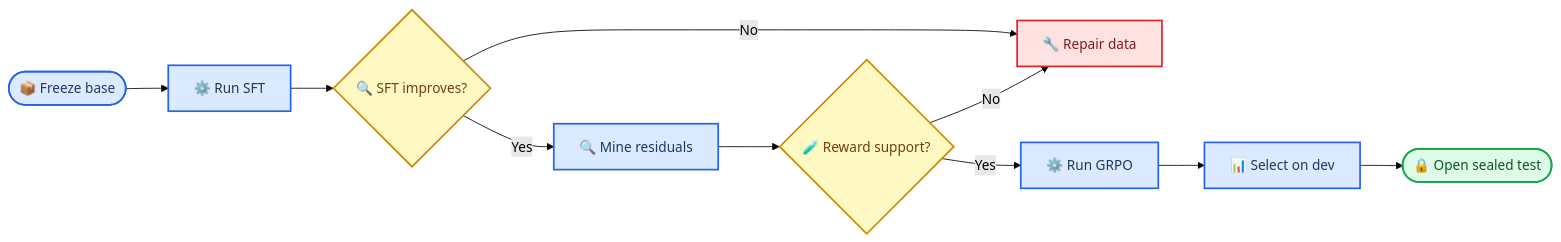
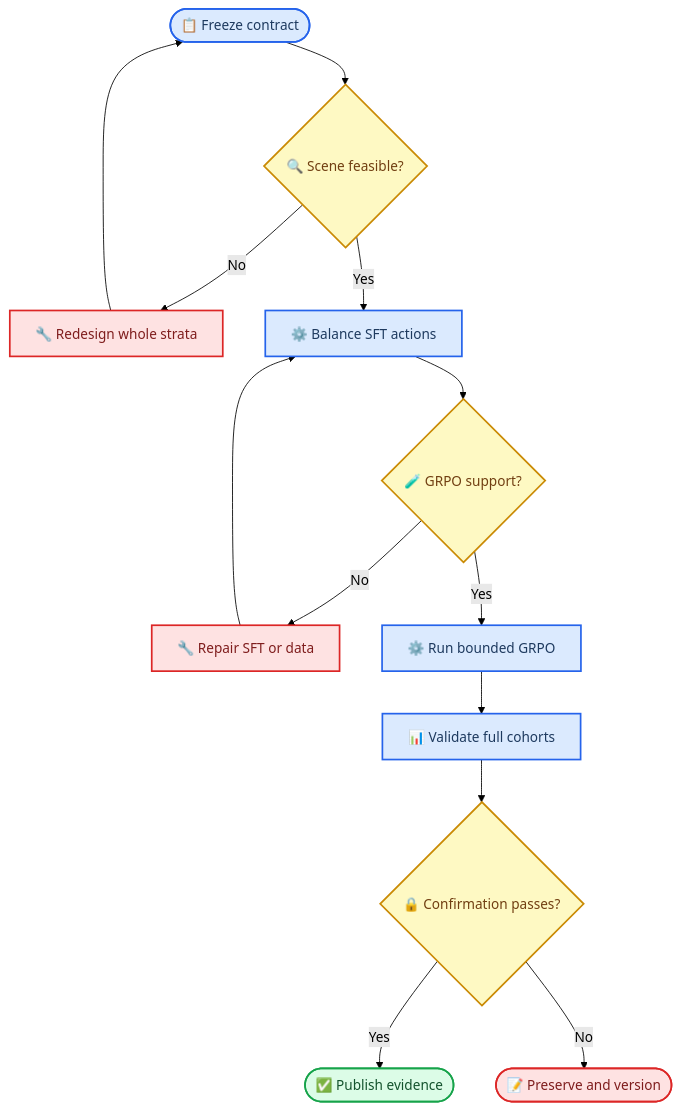
One commit to Persiapinkman/CAPA changed the first of 2 diagrams in reports/POST_TRAINING_SFT_GRPO_PLAYBOOK.md. Above: the diagram before and after it, drawn with Mermaid (forest theme). The commit also changed other lines of this file and 7210 other files, not shown here.

````diff
--- a/reports/POST_TRAINING_SFT_GRPO_PLAYBOOK.md
+++ b/reports/POST_TRAINING_SFT_GRPO_PLAYBOOK.md
@@ -18,25 +35,28 @@
 ```mermaid
-flowchart LR
+flowchart TB
     accTitle: CAPA Post-Training Evidence Flow
-    accDescr: End-to-end evidence chain from a frozen base model through SFT, residual discovery, GRPO gates, development selection, and one sealed comparison against a larger reference model
+    accDescr: Reusable experimental loop from feasibility analysis through balanced SFT, support-gated GRPO, development validation, and a one-use confirmation that either publishes or creates a new version
 
-    freeze_base([📦 Freeze base]) --> run_sft[⚙️ Run SFT]
-    run_sft --> check_sft{🔍 SFT improves?}
-    check_sft -->|No| repair_sft[🔧 Repair data]
-    check_sft -->|Yes| mine_residual[🔍 Mine residuals]
-    mine_residual --> check_support{🧪 Reward support?}
-    check_support -->|No| repair_sft
-    check_support -->|Yes| run_grpo[⚙️ Run GRPO]
-    run_grpo --> select_dev[📊 Select on dev]
-    select_dev --> sealed_test([🔒 Open sealed test])
+    freeze_contract([📋 Freeze contract]) --> check_scene{🔍 Scene feasible?}
+    check_scene -->|No| redesign_scene[🔧 Redesign whole strata]
+    redesign_scene --> freeze_contract
+    check_scene -->|Yes| balance_sft[⚙️ Balance SFT actions]
+    balance_sft --> audit_support{🧪 GRPO support?}
+    audit_support -->|No| repair_policy[🔧 Repair SFT or data]
+    repair_policy --> balance_sft
+    audit_support -->|Yes| tiny_grpo[⚙️ Run bounded GRPO]
+    tiny_grpo --> validate_dev[📊 Validate full cohorts]
+    validate_dev --> open_confirm{🔒 Confirmation passes?}
+    open_confirm -->|Yes| publish_result([✅ Publish evidence])
+    open_confirm -->|No| new_version([📝 Preserve and version])
 
     classDef process fill:#dbeafe,stroke:#2563eb,stroke-width:2px,color:#1e3a5f
     classDef decision fill:#fef9c3,stroke:#ca8a04,stroke-width:2px,color:#713f12
     classDef success fill:#dcfce7,stroke:#16a34a,stroke-width:2px,color:#14532d
     classDef repair fill:#fee2e2,stroke:#dc2626,stroke-width:2px,color:#7f1d1d
 
-    class freeze_base,run_sft,mine_residual,run_grpo,select_dev process
-    class check_sft,check_support decision
-    class sealed_test success
-    class repair_sft repair
+    class freeze_contract,balance_sft,tiny_grpo,validate_dev process
+    class check_scene,audit_support,open_confirm decision
+    class publish_result success
+    class redesign_scene,repair_policy,new_version repair
 ```
````
